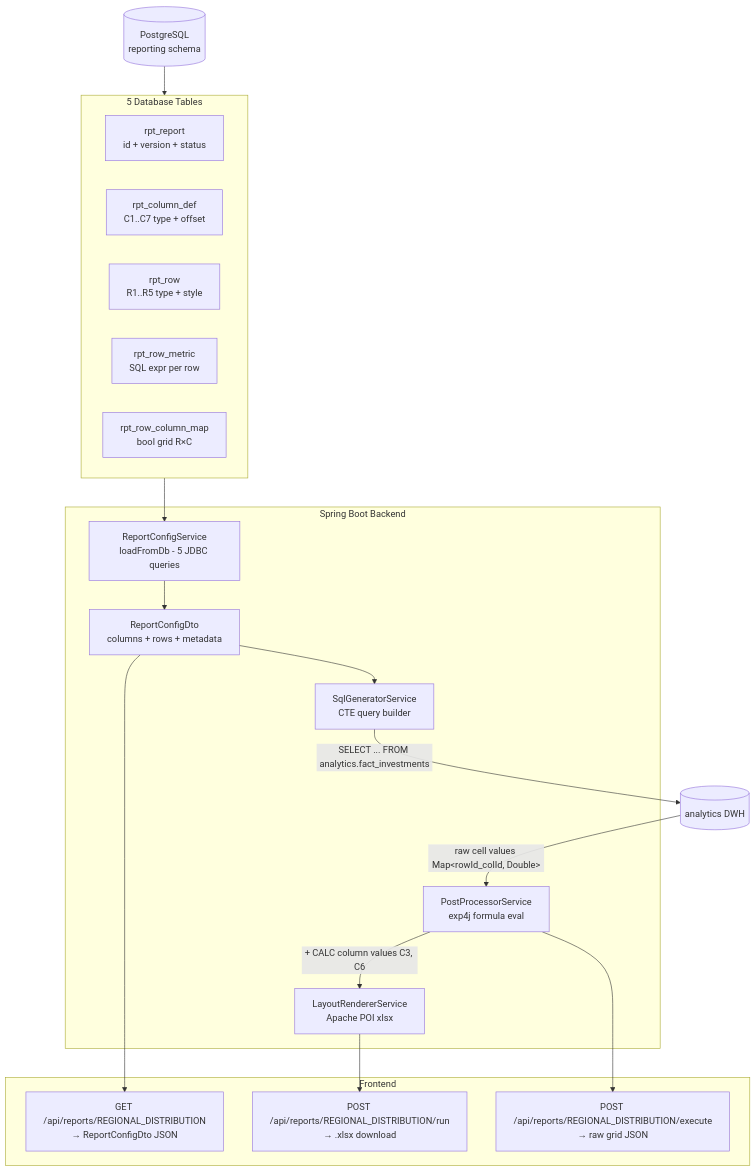
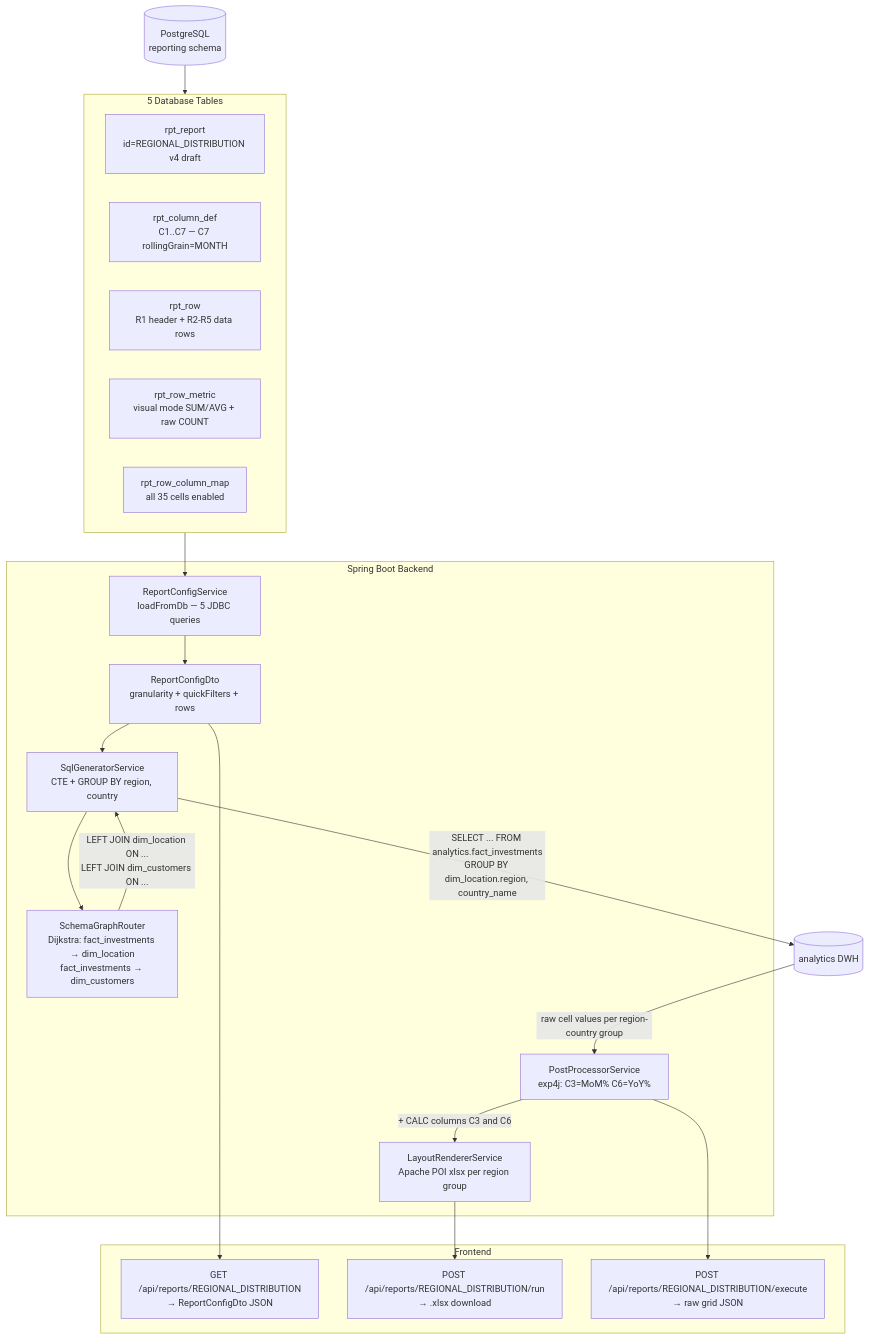
One commit to rpg2go/reportingengine_backend changed the diagram in docs/regional_distribution_full_walkthrough.md. Above: the diagram before and after it, drawn with Mermaid. The commit also changed other lines of this file and 1 other file, not shown here.

Commit message:
docs: add regional_distribution report details

````diff
--- a/docs/regional_distribution_full_walkthrough.md
+++ b/docs/regional_distribution_full_walkthrough.md
@@ -360,39 +233,42 @@
 ```mermaid
 flowchart TD
-    DB[(PostgreSQL\nreporting schema)]
+    DB[(PostgreSQL<br/>reporting schema)]
 
     subgraph DB_TABLES["5 Database Tables"]
-        T1[rpt_report\nid + version + status]
-        T2[rpt_column_def\nC1..C7 type + offset]
-        T3[rpt_row\nR1..R5 type + style]
-        T4[rpt_row_metric\nSQL expr per row]
-        T5[rpt_row_column_map\nbool grid R×C]
+        T1[rpt_report<br/>id=REGIONAL_DISTRIBUTION v4 draft]
+        T2[rpt_column_def<br/>C1..C7 — C7 rollingGrain=MONTH]
+        T3[rpt_row<br/>R1 header + R2-R5 data rows]
+        T4[rpt_row_metric<br/>visual mode SUM/AVG + raw COUNT]
+        T5[rpt_row_column_map<br/>all 35 cells enabled]
     end
 
     DB --> DB_TABLES
 
     subgraph BACKEND["Spring Boot Backend"]
-        SVC1[ReportConfigService\nloadFromDb - 5 JDBC queries]
-        DTO[ReportConfigDto\ncolumns + rows + metadata]
-        SVC2[SqlGeneratorService\nCTE query builder]
-        SVC3[PostProcessorService\nexp4j formula eval]
-        SVC4[LayoutRendererService\nApache POI xlsx]
+        SVC1[ReportConfigService<br/>loadFromDb — 5 JDBC queries]
+        DTO[ReportConfigDto<br/>granularity + quickFilters + rows]
+        SVC2[SqlGeneratorService<br/>CTE + GROUP BY region, country]
+        ROUTER[SchemaGraphRouter<br/>Dijkstra: fact_investments → dim_location<br/>fact_investments → dim_customers]
+        SVC3[PostProcessorService<br/>exp4j: C3=MoM% C6=YoY%]
+        SVC4[LayoutRendererService<br/>Apache POI xlsx per region group]
     end
 
     DB_TABLES --> SVC1
     SVC1 --> DTO
     DTO --> SVC2
-    SVC2 --> |"SELECT ... FROM analytics.fact_investments"| DWH[(analytics DWH)]
-    DWH --> |"raw cell values Map&lt;rowId_colId, Double&gt;"| SVC3
-    SVC3 --> |"+ CALC column values C3, C6"| SVC4
+    SVC2 --> ROUTER
+    ROUTER --> |"LEFT JOIN dim_location ON ...<br/>LEFT JOIN dim_customers ON ..."| SVC2
+    SVC2 --> |"SELECT ... FROM analytics.fact_investments<br/>GROUP BY dim_location.region, country_name"| DWH[(analytics DWH)]
+    DWH --> |"raw cell values per region-country group"| SVC3
+    SVC3 --> |"+ CALC columns C3 and C6"| SVC4
 
     subgraph FRONTEND["Frontend"]
-        API1["GET /api/reports/REGIONAL_DISTRIBUTION\n→ ReportConfigDto JSON"]
-        API2["POST /api/reports/REGIONAL_DISTRIBUTION/run\n→ .xlsx download"]
-        API3["POST /api/reports/REGIONAL_DISTRIBUTION/execute\n→ raw grid JSON"]
+        API1["GET /api/reports/REGIONAL_DISTRIBUTION<br/>→ ReportConfigDto JSON"]
+        API2["POST /api/reports/REGIONAL_DISTRIBUTION/run<br/>→ .xlsx download"]
+        API3["POST /api/reports/REGIONAL_DISTRIBUTION/execute<br/>→ raw grid JSON"]
     end
 
     DTO --> API1
     SVC4 --> API2
     SVC3 --> API3
 ```
````
